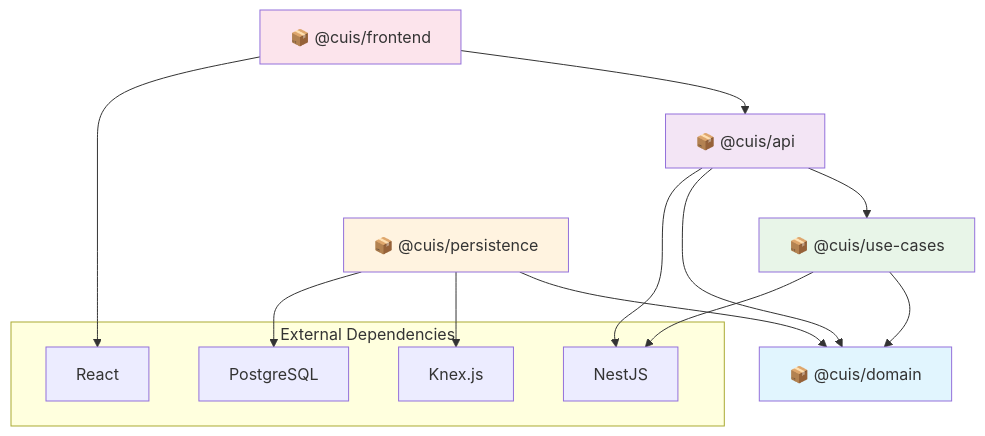
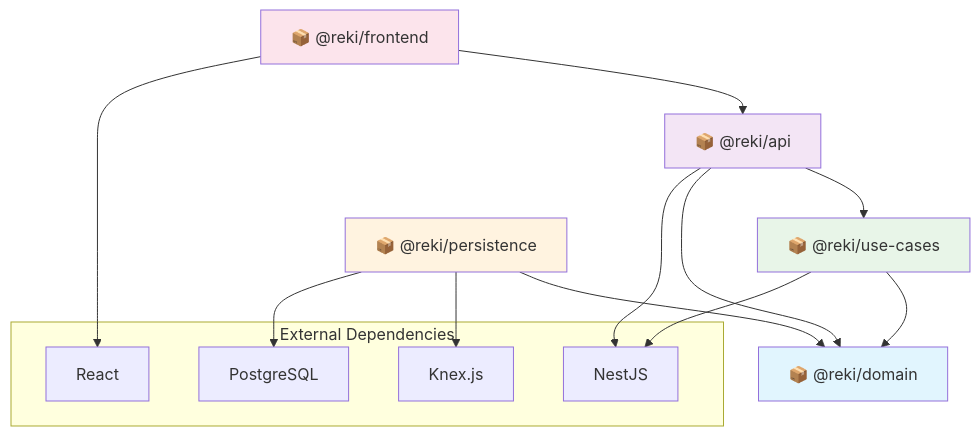
One commit to nikitagorelovreki/reki changed the eighth of 11 diagrams in docs/UML_SCHEMA.md. Above: the diagram before and after it, drawn with Mermaid. The commit also changed other lines of this file and 53 other files, not shown here.

````diff
--- a/docs/UML_SCHEMA.md
+++ b/docs/UML_SCHEMA.md
@@ -252,33 +255,33 @@
 ```mermaid
 graph TD
-    API[📦 @cuis/api]
-    UC[📦 @cuis/use-cases]
-    DOMAIN[📦 @cuis/domain]
-    PERSISTENCE[📦 @cuis/persistence]
-    FRONTEND[📦 @cuis/frontend]
-    
+    API[📦 @reki/api]
+    UC[📦 @reki/use-cases]
+    DOMAIN[📦 @reki/domain]
+    PERSISTENCE[📦 @reki/persistence]
+    FRONTEND[📦 @reki/frontend]
+
     API --> UC
     API --> DOMAIN
     UC --> DOMAIN
     PERSISTENCE --> DOMAIN
     FRONTEND --> API
-    
+
     subgraph "External Dependencies"
         NESTJS[NestJS]
         KNEX[Knex.js]
         REACT[React]
         PG[PostgreSQL]
     end
-    
+
     API --> NESTJS
     UC --> NESTJS
     PERSISTENCE --> KNEX
     PERSISTENCE --> PG
     FRONTEND --> REACT
-    
+
     style DOMAIN fill:#e1f5fe
     style API fill:#f3e5f5
     style UC fill:#e8f5e8
     style PERSISTENCE fill:#fff3e0
     style FRONTEND fill:#fce4ec
 ```
````
